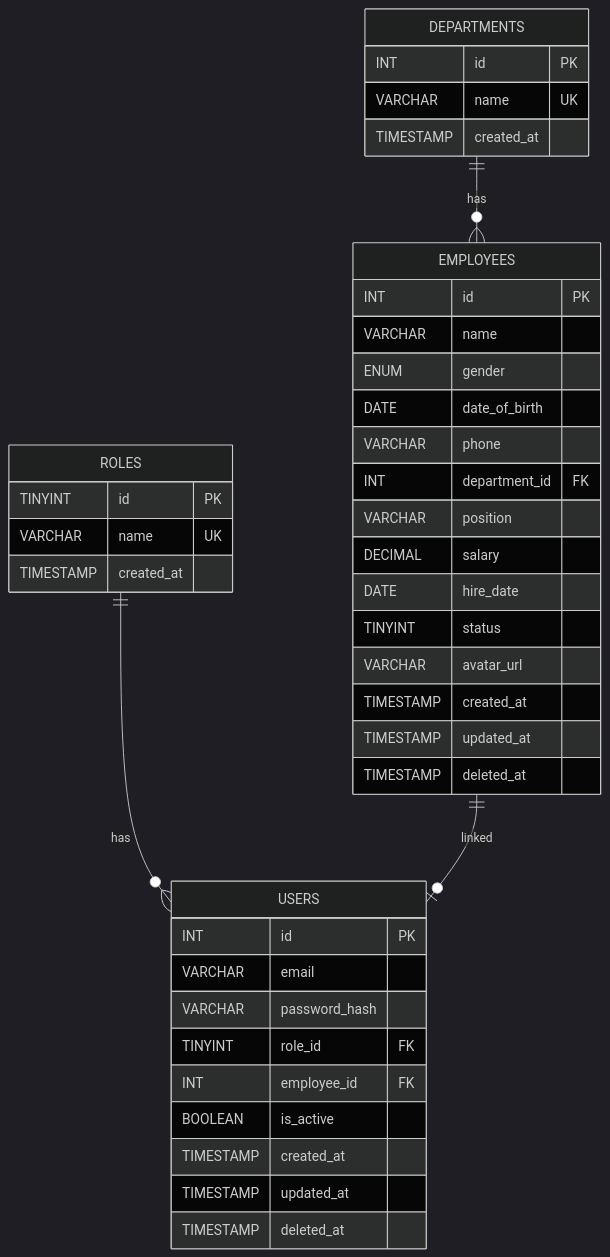
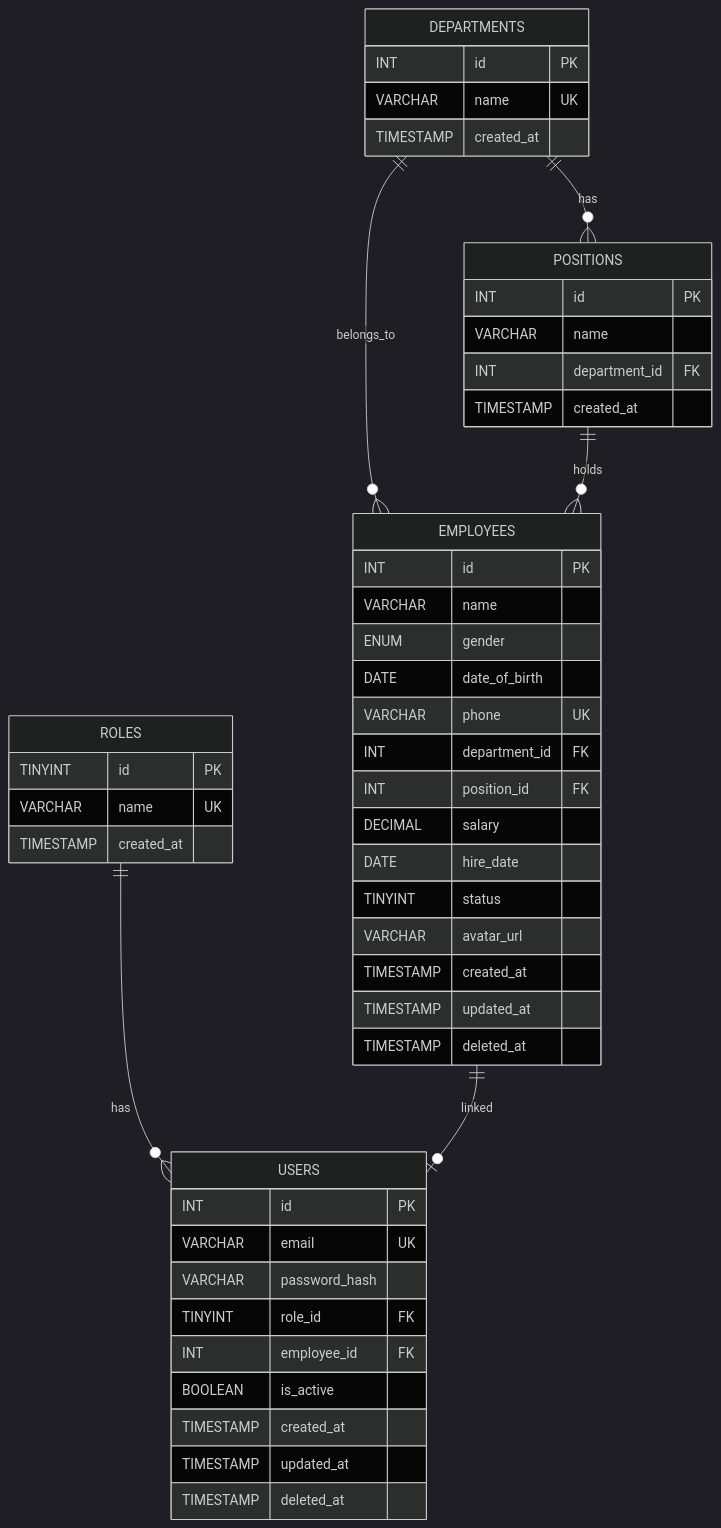
The diagram in README.md (Quocdev03/Employee_Management), drawn with Mermaid (dark theme) before and after one commit. The commit also changed other lines of this file and 32 other files, not shown here.

````diff
--- a/README.md
+++ b/README.md
@@ -119,47 +120,56 @@
 ```mermaid
 erDiagram
     ROLES ||--o{ USERS : has
-    DEPARTMENTS ||--o{ EMPLOYEES : has
+    DEPARTMENTS ||--o{ POSITIONS : has
+    DEPARTMENTS ||--o{ EMPLOYEES : belongs_to
+    POSITIONS ||--o{ EMPLOYEES : holds
     EMPLOYEES ||--o| USERS : linked
 
     ROLES {
         TINYINT id PK
         VARCHAR name UK
         TIMESTAMP created_at
     }
 
     DEPARTMENTS {
         INT id PK
         VARCHAR name UK
         TIMESTAMP created_at
     }
 
+    POSITIONS {
+        INT id PK
+        VARCHAR name
+        INT department_id FK
+        TIMESTAMP created_at
+    }
+
     EMPLOYEES {
         INT id PK
         VARCHAR name
         ENUM gender
         DATE date_of_birth
-        VARCHAR phone
+        VARCHAR phone UK
         INT department_id FK
-        VARCHAR position
+        INT position_id FK
         DECIMAL salary
         DATE hire_date
         TINYINT status
         VARCHAR avatar_url
         TIMESTAMP created_at
         TIMESTAMP updated_at
         TIMESTAMP deleted_at
     }
 
     USERS {
         INT id PK
-        VARCHAR email
+        VARCHAR email UK
         VARCHAR password_hash
         TINYINT role_id FK
         INT employee_id FK
         BOOLEAN is_active
         TIMESTAMP created_at
         TIMESTAMP updated_at
         TIMESTAMP deleted_at
     }
 ```
````
